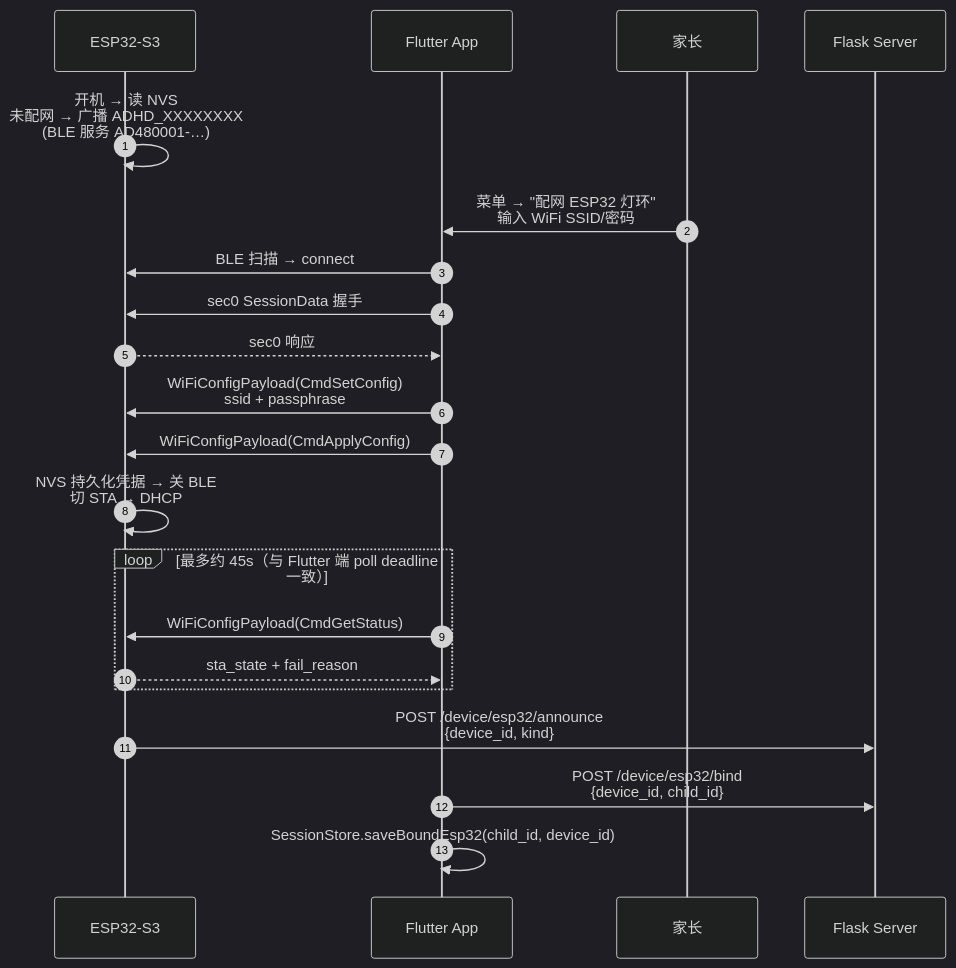
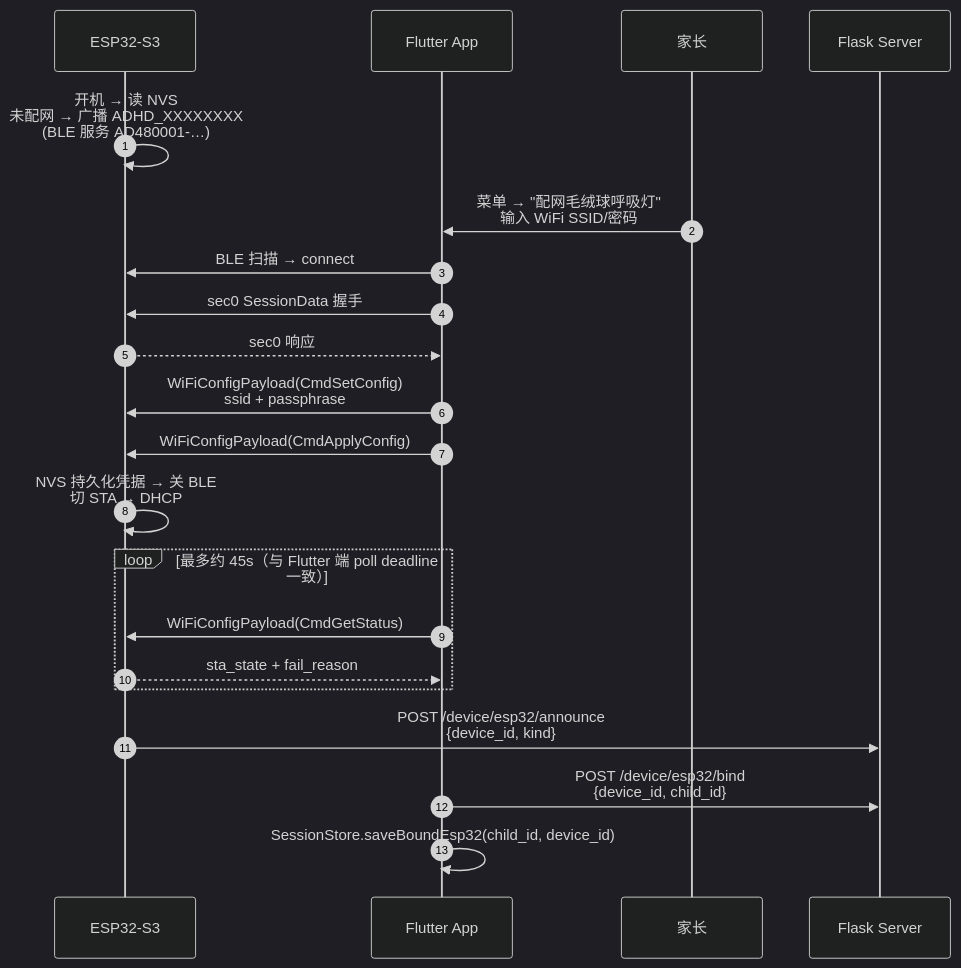
The second of 14 diagrams in README.md (ch308/ADHD_Monitor), drawn with Mermaid (dark theme) before and after one commit. The commit also changed other lines of this file and 5 other files, not shown here.

````diff
--- a/README.md
+++ b/README.md
@@ -126,24 +126,24 @@
 ```mermaid
 sequenceDiagram
     autonumber
     participant Board as ESP32-S3
     participant App as Flutter App
     participant User as 家长
     participant Cloud as Flask Server
 
     Board->>Board: 开机 → 读 NVS<br/>未配网 → 广播 ADHD_XXXXXXXX<br/>(BLE 服务 AD480001-…)
-    User->>App: 菜单 → "配网 ESP32 灯环"<br/>输入 WiFi SSID/密码
+    User->>App: 菜单 → "配网毛绒球呼吸灯"<br/>输入 WiFi SSID/密码
     App->>Board: BLE 扫描 → connect
     App->>Board: sec0 SessionData 握手
     Board-->>App: sec0 响应
     App->>Board: WiFiConfigPayload(CmdSetConfig)<br/>ssid + passphrase
     App->>Board: WiFiConfigPayload(CmdApplyConfig)
     Board->>Board: NVS 持久化凭据 → 关 BLE<br/>切 STA → DHCP
     loop 最多约 45s（与 Flutter 端 poll deadline 一致）
         App->>Board: WiFiConfigPayload(CmdGetStatus)
         Board-->>App: sta_state + fail_reason
     end
     Board->>Cloud: POST /device/esp32/announce<br/>{device_id, kind}
     App->>Cloud: POST /device/esp32/bind<br/>{device_id, child_id}
     App->>App: SessionStore.saveBoundEsp32(child_id, device_id)
 ```
````
